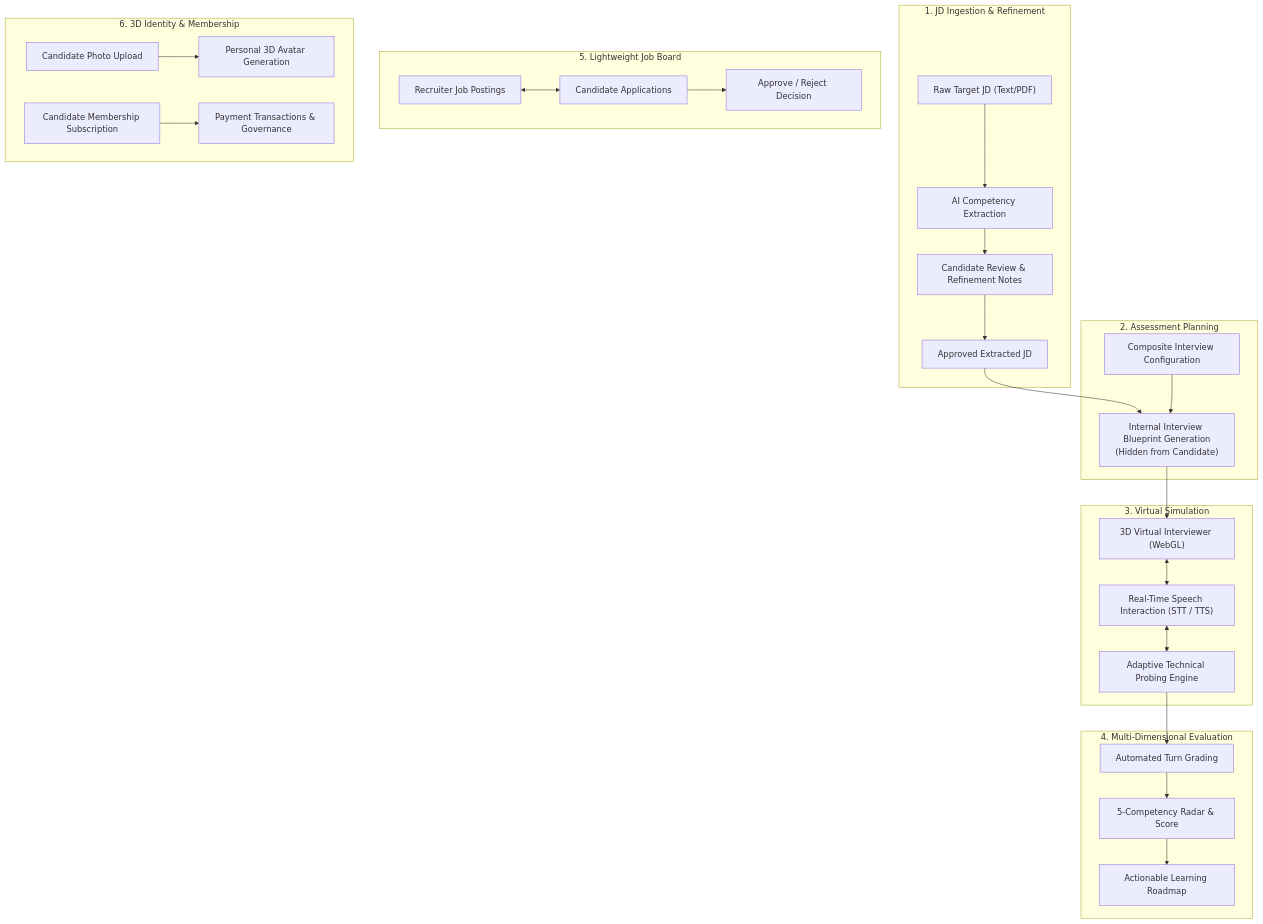
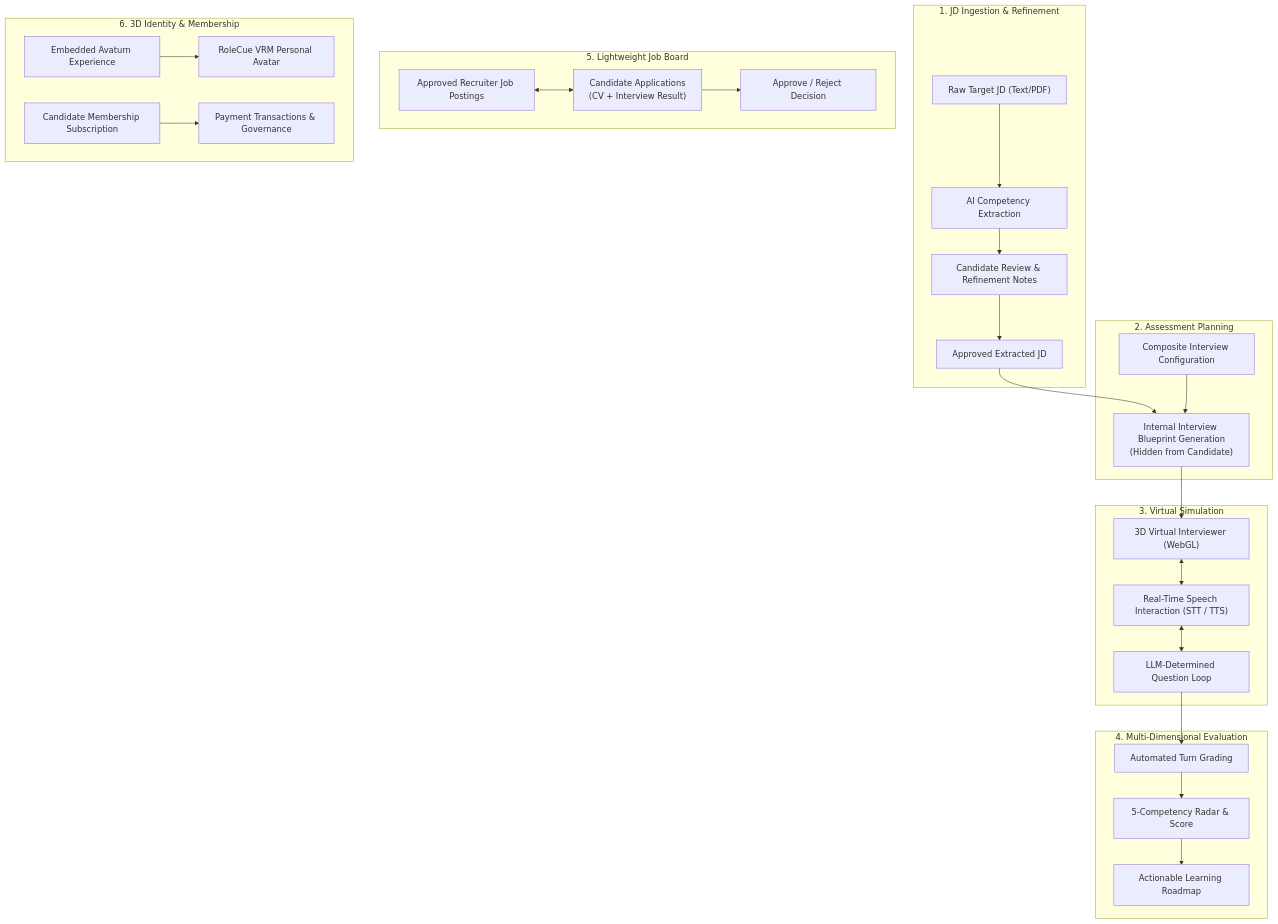
One commit to swp391-group3/ai-interview-practice-brain changed the diagram in 00_Project/Overview.md. Above: the diagram before and after it, drawn with Mermaid. The commit also changed other lines of this file and 15 other files, not shown here.

Commit message:
docs(brain): sync reviewed RoleCue domain flows

````diff
--- a/00_Project/Overview.md
+++ b/00_Project/Overview.md
@@ -65,35 +65,35 @@
 ```mermaid
 flowchart TD
     subgraph Ingestion["1. JD Ingestion & Refinement"]
         JD1["Raw Target JD (Text/PDF)"] --> JD2["AI Competency Extraction"]
         JD2 --> JD3["Candidate Review & Refinement Notes"]
         JD3 --> JD4["Approved Extracted JD"]
     end
 
     subgraph Planning["2. Assessment Planning"]
         JD4 --> BP1["Internal Interview Blueprint Generation<br/>(Hidden from Candidate)"]
         CFG["Composite Interview Configuration"] --> BP1
     end
 
     subgraph Simulation["3. Virtual Simulation"]
         BP1 --> SIM1["3D Virtual Interviewer (WebGL)"]
         SIM1 <--> SIM2["Real-Time Speech Interaction (STT / TTS)"]
-        SIM2 <--> SIM3["Adaptive Technical Probing Engine"]
+        SIM2 <--> SIM3["LLM-Determined Question Loop"]
     end
 
     subgraph Evaluation["4. Multi-Dimensional Evaluation"]
         SIM3 --> EV1["Automated Turn Grading"]
         EV1 --> EV2["5-Competency Radar & Score"]
         EV2 --> EV3["Actionable Learning Roadmap"]
     end
 
     subgraph Board["5. Lightweight Job Board"]
-        REC["Recruiter Job Postings"] <--> APP["Candidate Applications"]
+        REC["Approved Recruiter Job Postings"] <--> APP["Candidate Applications<br/>(CV + Interview Result)"]
         APP --> DEC["Approve / Reject Decision"]
     end
 
     subgraph Identity["6. 3D Identity & Membership"]
-        PHOTO["Candidate Photo Upload"] --> AVA["Personal 3D Avatar Generation"]
+        AVATURN["Embedded Avaturn Experience"] --> AVA["RoleCue VRM Personal Avatar"]
         PAY["Candidate Membership Subscription"] --> TRANS["Payment Transactions & Governance"]
     end
 ```
````
